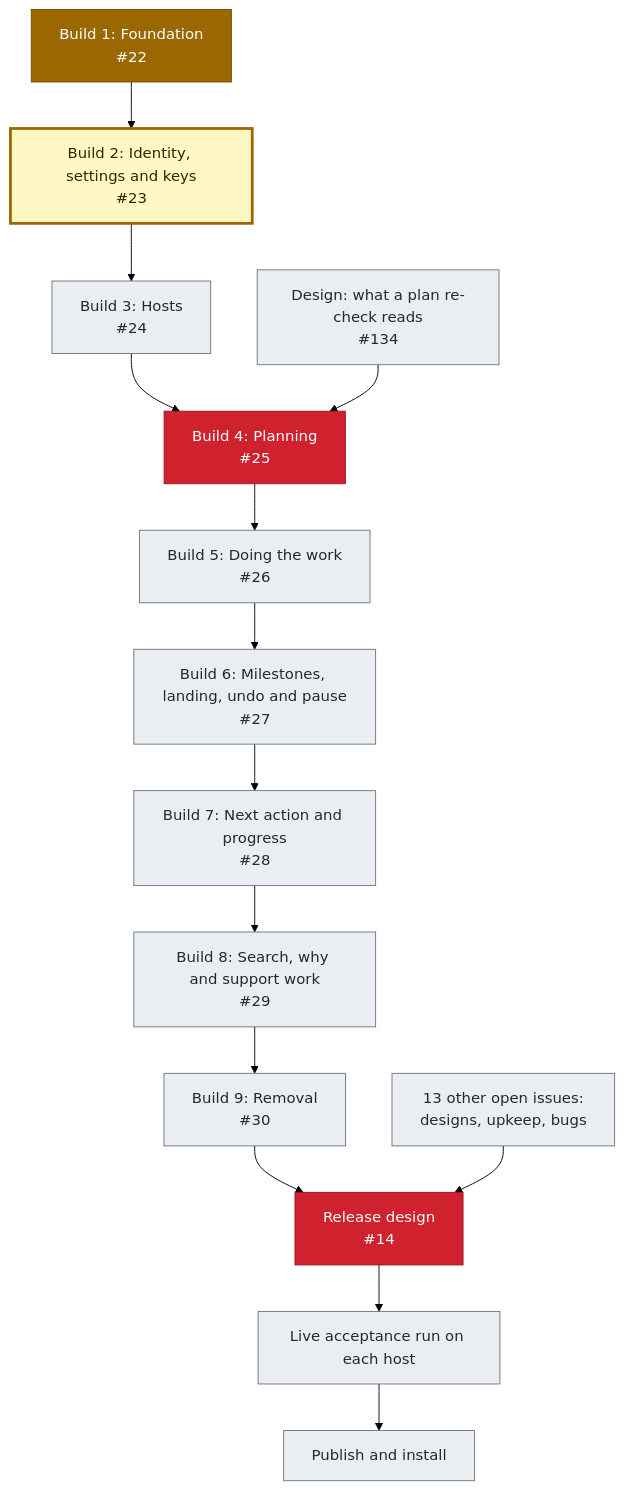
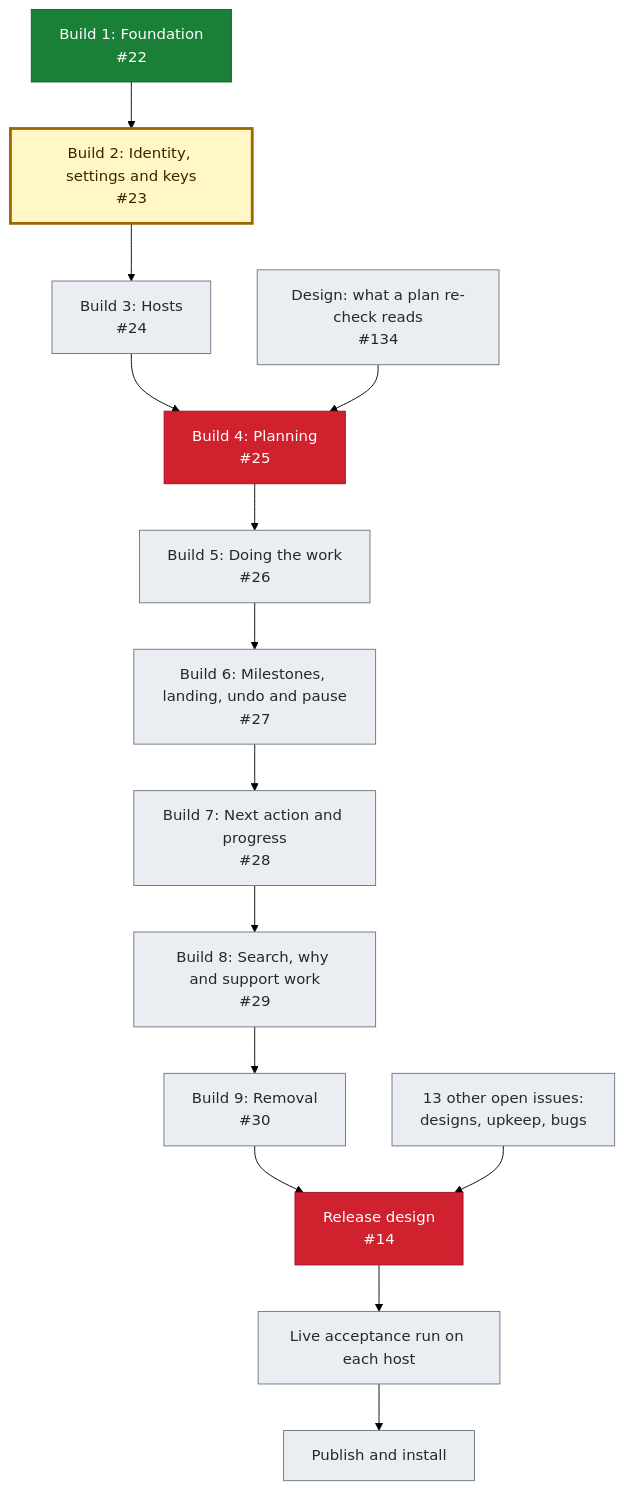
The first of 2 diagrams in docs/roadmap.md (crenshawdev/baley), drawn with Mermaid (forest theme) before and after one commit. The commit also changed other lines of this file, not shown here.

First line of the commit message:
docs(roadmap): mark build 1 done and build 2 next

````diff
--- a/docs/roadmap.md
+++ b/docs/roadmap.md
@@ -9,32 +9,32 @@
 ```mermaid
 flowchart TB
     B1["Build 1: Foundation<br/>#22"]
     B2["Build 2: Identity, settings and keys<br/>#23"]
     B3["Build 3: Hosts<br/>#24"]
     B4["Build 4: Planning<br/>#25"]
     B5["Build 5: Doing the work<br/>#26"]
     B6["Build 6: Milestones, landing, undo and pause<br/>#27"]
     B7["Build 7: Next action and progress<br/>#28"]
     B8["Build 8: Search, why and support work<br/>#29"]
     B9["Build 9: Removal<br/>#30"]
     D134["Design: what a plan re-check reads<br/>#134"]
     OTHER["13 other open issues:<br/>designs, upkeep, bugs"]
     R1["Release design<br/>#14"]
     R2["Live acceptance run on each host"]
     R3["Publish and install"]
 
     B1 --> B2 --> B3 --> B4 --> B5 --> B6 --> B7 --> B8 --> B9 --> R1 --> R2 --> R3
     D134 --> B4
     OTHER --> R1
 
     classDef done fill:#1a7f37,stroke:#116329,color:#ffffff
     classDef progress fill:#9a6700,stroke:#7d4e00,color:#ffffff
     classDef next fill:#fff8c5,stroke:#9a6700,stroke-width:3px,color:#3b2300
     classDef blocked fill:#cf222e,stroke:#a40e26,color:#ffffff
     classDef planned fill:#eaeef2,stroke:#6e7781,color:#24292f
 
-    class B1 progress
+    class B1 done
     class B2 next
     class B4,R1 blocked
     class B3,B5,B6,B7,B8,B9,D134,OTHER,R2,R3 planned
 ```
````
